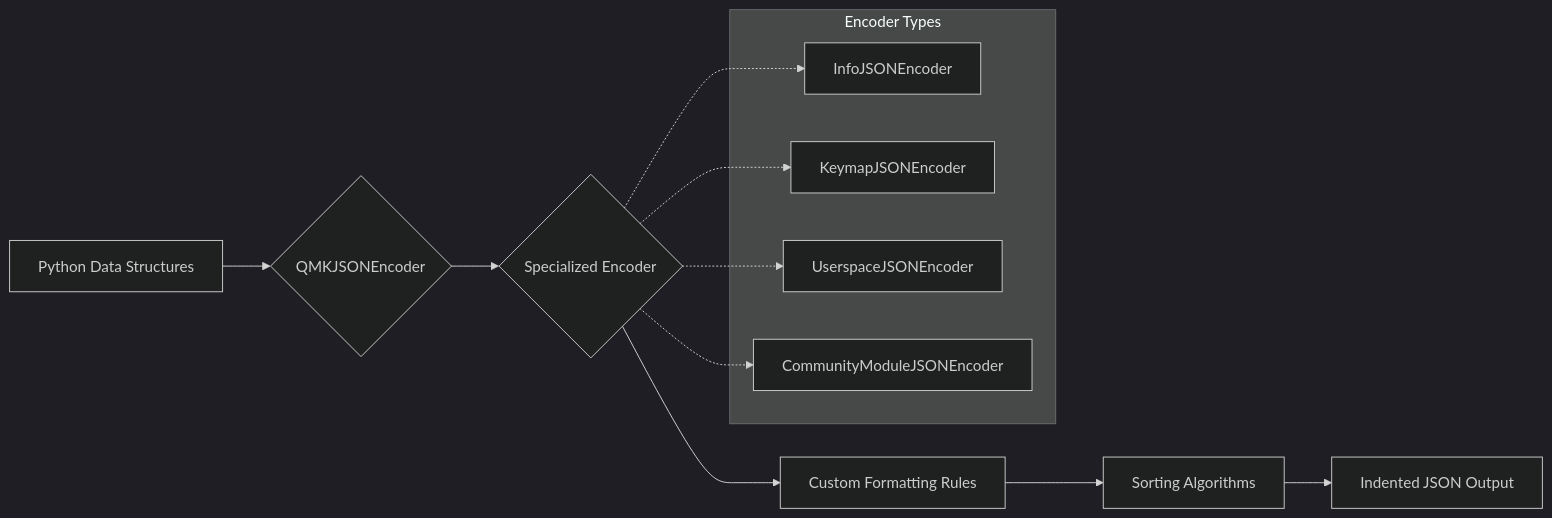
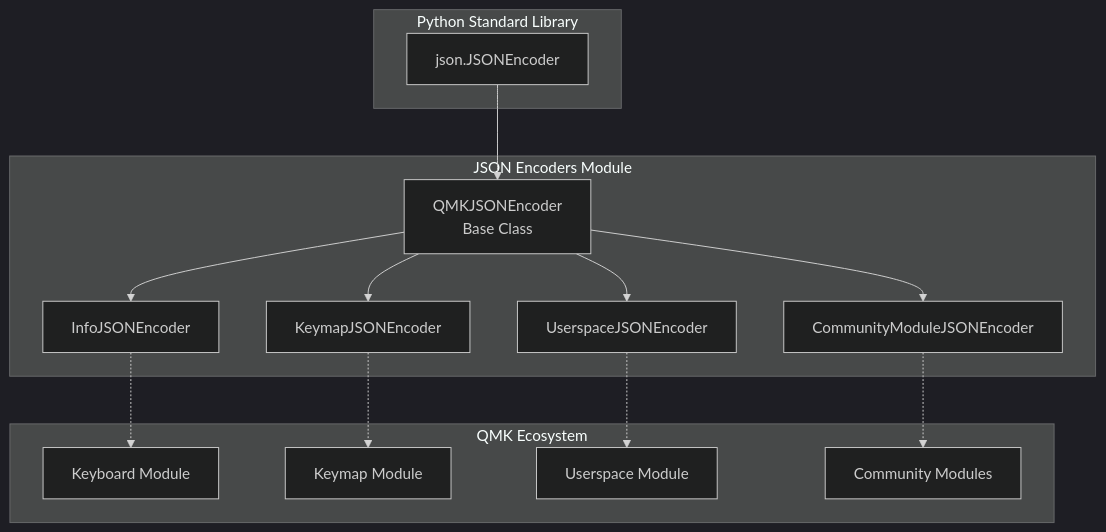
The first of 2 diagrams in docs/qmk--qmk_firmware-docs/json_encoders.md (FSoft-AI4Code/codewiki-demo), drawn with Mermaid (dark theme) before and after one commit. The commit also changed other lines of this file and 1103 other files, not shown here.

````diff
--- a/docs/qmk--qmk_firmware-docs/json_encoders.md
+++ b/docs/qmk--qmk_firmware-docs/json_encoders.md
@@ -73,20 +15,32 @@
 ```mermaid
-flowchart LR
-    A[Python Data Structures] --> B{QMKJSONEncoder}
-    B --> C{Specialized Encoder}
-    C --> D[Custom Formatting Rules]
-    D --> E[Sorting Algorithms]
-    E --> F[Indented JSON Output]
-    
-    subgraph "Encoder Types"
-        C1[InfoJSONEncoder]
-        C2[KeymapJSONEncoder]
-        C3[UserspaceJSONEncoder]
-        C4[CommunityModuleJSONEncoder]
+graph TB
+    subgraph "JSON Encoders Module"
+        QMKJE[QMKJSONEncoder<br/>Base Class]
+        IJE[InfoJSONEncoder]
+        KJE[KeymapJSONEncoder]
+        UJE[UserspaceJSONEncoder]
+        CMJE[CommunityModuleJSONEncoder]
     end
     
-    C -.-> C1
-    C -.-> C2
-    C -.-> C3
-    C -.-> C4
+    subgraph "Python Standard Library"
+        JSON[json.JSONEncoder]
+    end
+    
+    subgraph "QMK Ecosystem"
+        KB[Keyboard Module]
+        KM[Keymap Module]
+        US[Userspace Module]
+        CM[Community Modules]
+    end
+    
+    JSON --> QMKJE
+    QMKJE --> IJE
+    QMKJE --> KJE
+    QMKJE --> UJE
+    QMKJE --> CMJE
+    
+    IJE -.-> KB
+    KJE -.-> KM
+    UJE -.-> US
+    CMJE -.-> CM
 ```
````
